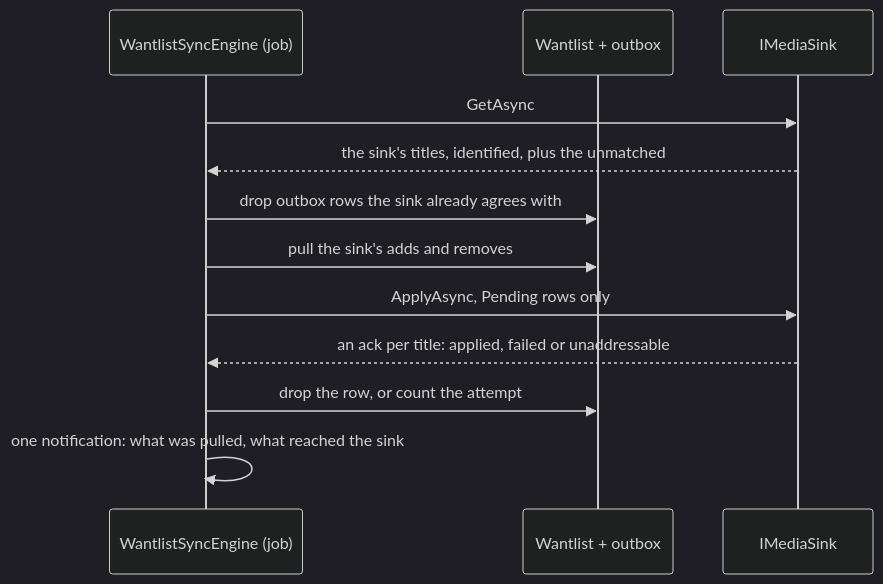
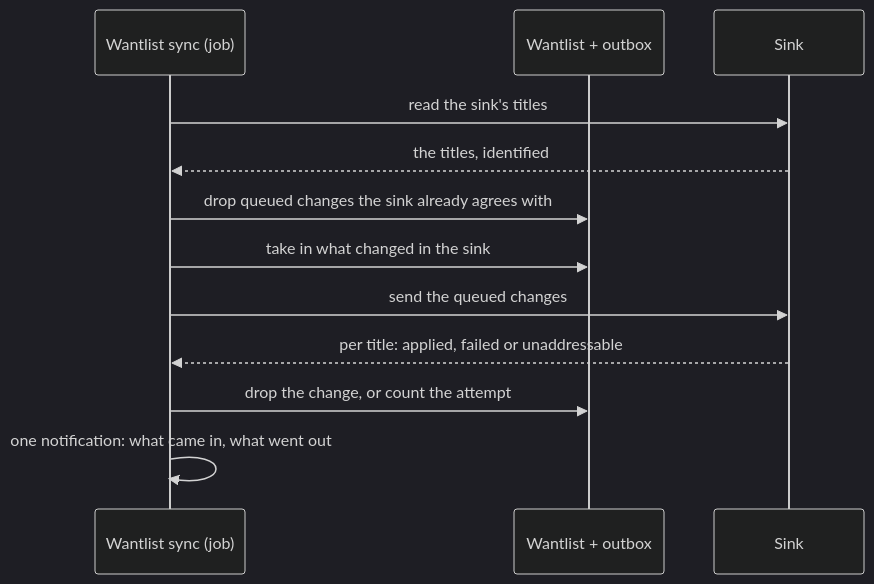
One commit to daerup/Sammlarr changed the fourth of 5 diagrams in docs/architecture/sections/04-runtime.md. Above: the diagram before and after it, drawn with Mermaid (dark theme). The commit also changed other lines of this file and 7 other files, not shown here.

Commit message:
docs(architecture): clean up documentation and reduce fluff

````diff
--- a/docs/architecture/sections/04-runtime.md
+++ b/docs/architecture/sections/04-runtime.md
@@ -169,15 +166,15 @@
 ```mermaid
 sequenceDiagram
-  participant SE as WantlistSyncEngine (job)
+  participant SE as Wantlist sync (job)
   participant DB as Wantlist + outbox
-  participant K as IMediaSink
+  participant K as Sink
 
-  SE->>K: GetAsync
-  K-->>SE: the sink's titles, identified, plus the unmatched
-  SE->>DB: drop outbox rows the sink already agrees with
-  SE->>DB: pull the sink's adds and removes
-  SE->>K: ApplyAsync, Pending rows only
-  K-->>SE: an ack per title: applied, failed or unaddressable
-  SE->>DB: drop the row, or count the attempt
-  SE->>SE: one notification: what was pulled, what reached the sink
+  SE->>K: read the sink's titles
+  K-->>SE: the titles, identified
+  SE->>DB: drop queued changes the sink already agrees with
+  SE->>DB: take in what changed in the sink
+  SE->>K: send the queued changes
+  K-->>SE: per title: applied, failed or unaddressable
+  SE->>DB: drop the change, or count the attempt
+  SE->>SE: one notification: what came in, what went out
 ```
````
